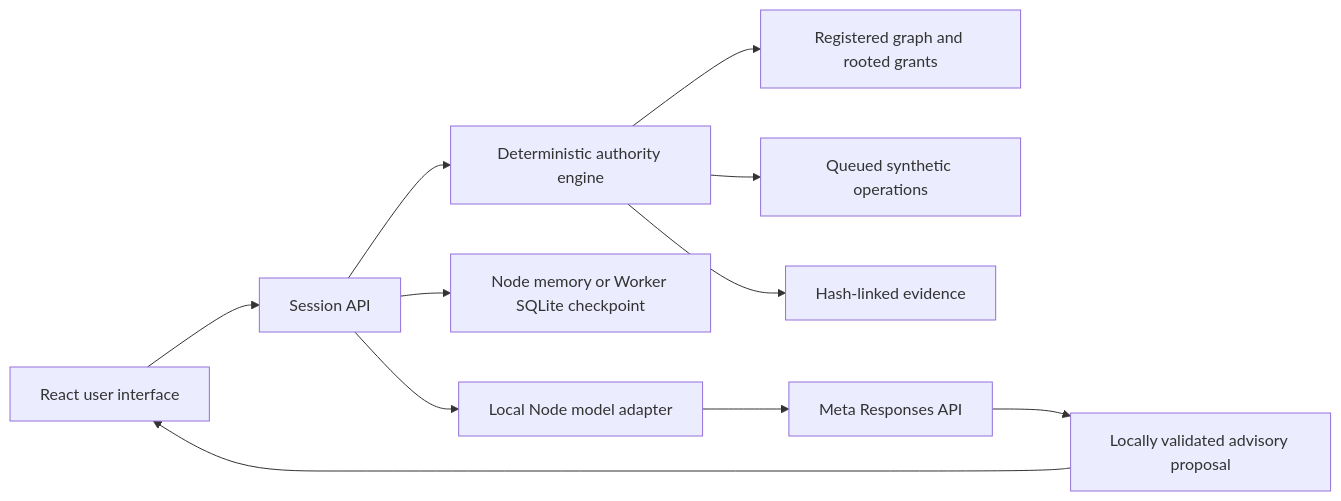
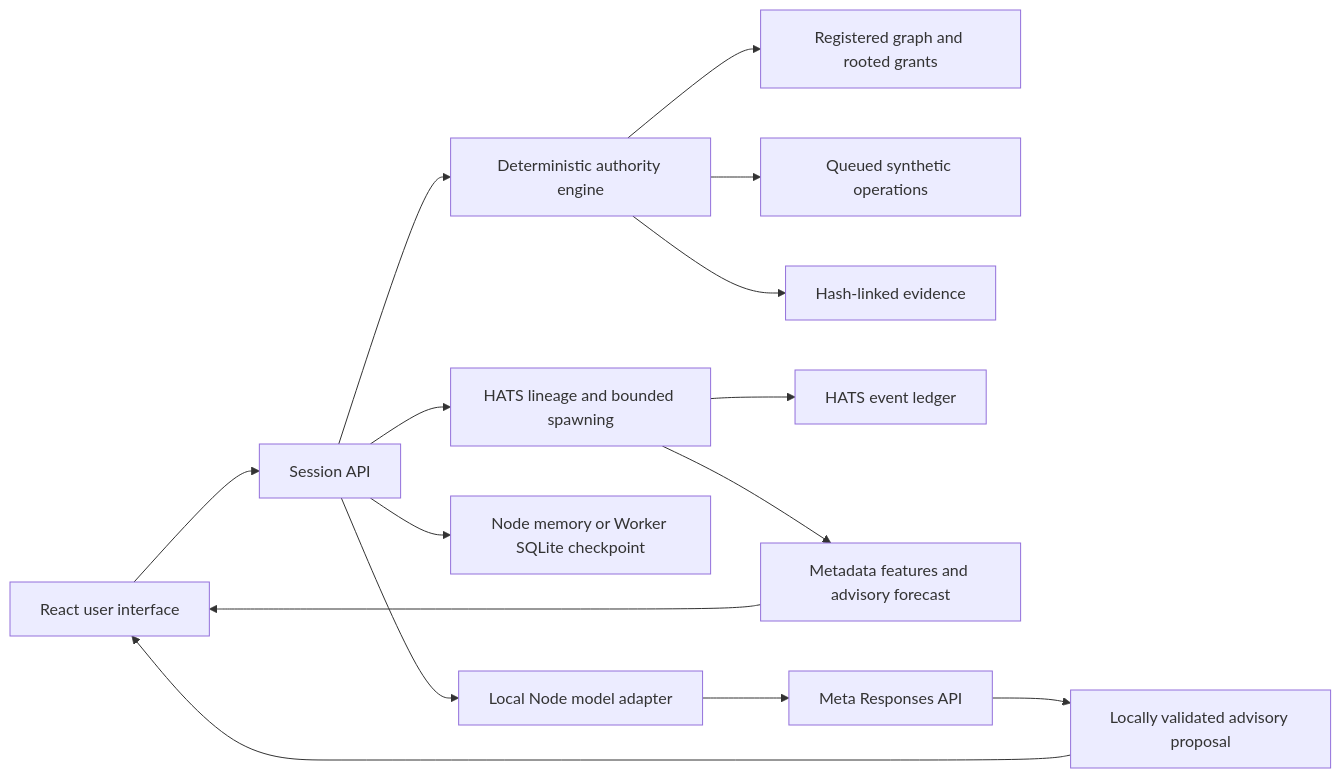
One commit to DeontewattsV1/UNISON-StateBench changed the diagram in guardian/docs/ARCHITECTURE.md. Above: the diagram before and after it, drawn with Mermaid. The commit also changed other lines of this file and 27 other files, not shown here.

Commit message:
Add HATS lineage, bounded spawning, and verifiable demo

````diff
--- a/guardian/docs/ARCHITECTURE.md
+++ b/guardian/docs/ARCHITECTURE.md
@@ -3,13 +3,17 @@
 ```mermaid
 flowchart LR
   UI[React user interface] --> API[Session API]
   API --> E[Deterministic authority engine]
   E --> G[Registered graph and rooted grants]
   E --> Q[Queued synthetic operations]
   E --> L[Hash-linked evidence]
+  API --> H[HATS lineage and bounded spawning]
+  H --> HL[HATS event ledger]
+  H --> A[Metadata features and advisory forecast]
+  A --> UI
   API --> S[Node memory or Worker SQLite checkpoint]
   API --> N[Local Node model adapter]
   N --> M[Meta Responses API]
   M --> P[Locally validated advisory proposal]
   P --> UI
 ```
````
